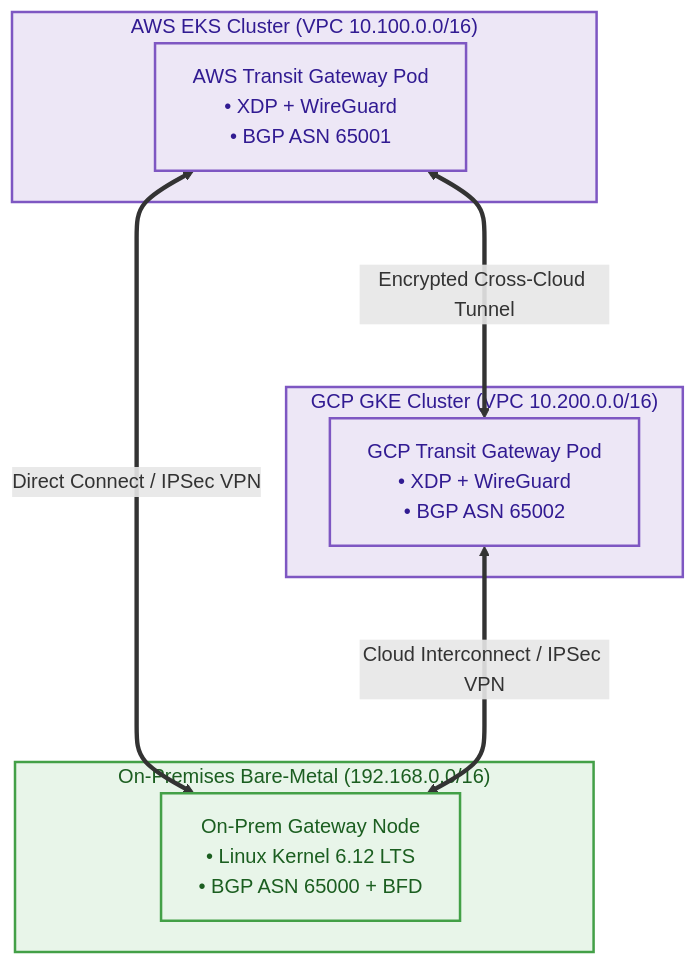
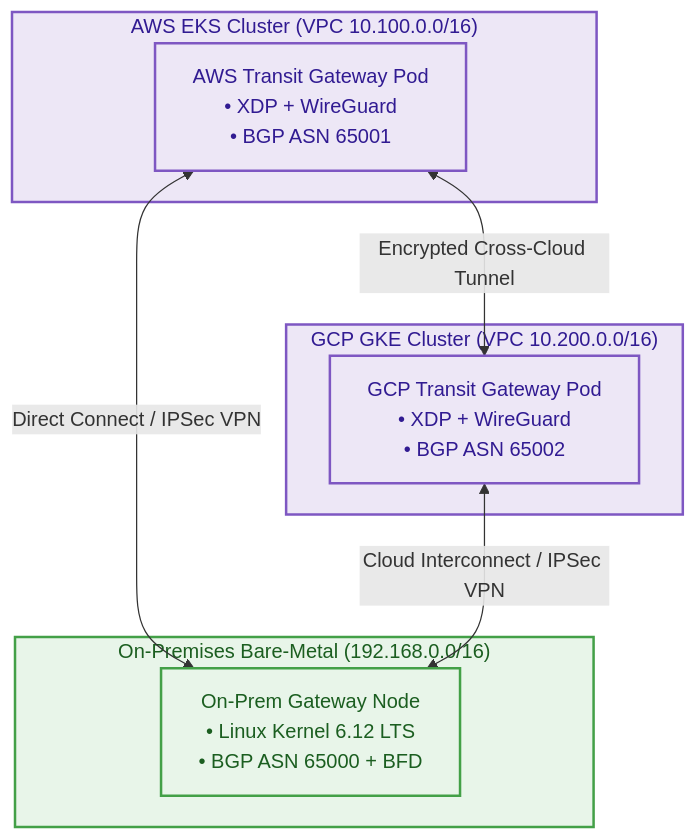
One commit to msaeedb40/straitKubegateway changed the fifth of 6 diagrams in docs/transit.md. Above: the diagram before and after it, drawn with Mermaid. The commit also changed other lines of this file, not shown here.

Commit message:
docs: fix Mermaid diagram syntax in transit topology document

````diff
--- a/docs/transit.md
+++ b/docs/transit.md
@@ -159,24 +159,24 @@
 ```mermaid
 flowchart TB
     subgraph CloudAWS["AWS EKS Cluster (VPC 10.100.0.0/16)"]
         GWEKS["AWS Transit Gateway Pod<br/>• XDP + WireGuard<br/>• BGP ASN 65001"]
     end
 
     subgraph CloudGCP["GCP GKE Cluster (VPC 10.200.0.0/16)"]
         GWGKE["GCP Transit Gateway Pod<br/>• XDP + WireGuard<br/>• BGP ASN 65002"]
     end
 
     subgraph OnPrem["On-Premises Bare-Metal (192.168.0.0/16)"]
         GWDC["On-Prem Gateway Node<br/>• Linux Kernel 6.12 LTS<br/>• BGP ASN 65000 + BFD"]
     end
 
-    GWEKS <===>|Encrypted Cross-Cloud Tunnel| GWGKE
-    GWEKS <===>|Direct Connect / IPSec VPN| GWDC
-    GWGKE <===>|Cloud Interconnect / IPSec VPN| GWDC
+    GWEKS <-->|Encrypted Cross-Cloud Tunnel| GWGKE
+    GWEKS <-->|Direct Connect / IPSec VPN| GWDC
+    GWGKE <-->|Cloud Interconnect / IPSec VPN| GWDC
 
     classDef cloud fill:#ede7f6,stroke:#7e57c2,stroke-width:2px,color:#311b92;
     classDef onprem fill:#e8f5e9,stroke:#43a047,stroke-width:2px,color:#1b5e20;
 
     class CloudAWS,CloudGCP,GWEKS,GWGKE cloud;
     class OnPrem,GWDC onprem;
 ```
````
